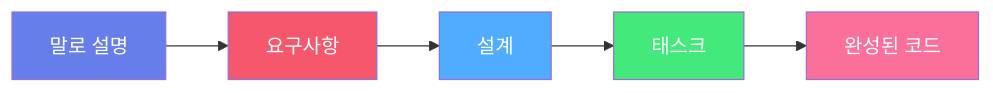
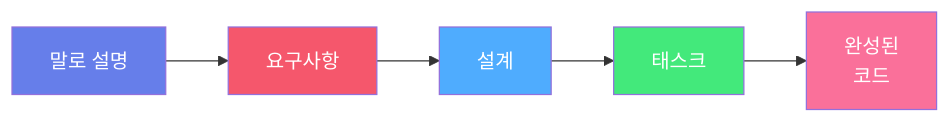
Before and after one commit to rornfdlek/kiro-workshop-gsretail-gitbook: the diagram in summary/README.md, drawn with Mermaid. The commit also changed 4 other files, not shown here.

First line of the commit message:
Replace \n with <br/> in Mermaid node labels for GitBook compatibility

````diff
--- a/summary/README.md
+++ b/summary/README.md
@@ -26,13 +26,13 @@
 ```mermaid
 graph LR
     A["말로 설명"] --> B["요구사항"]
     B --> C["설계"]
     C --> D["태스크"]
-    D --> E["완성된 코드"]
+    D --> E["완성된<br/>코드"]
 
     style A fill:#667eea,color:#fff
     style B fill:#f5576c,color:#fff
     style C fill:#4facfe,color:#fff
     style D fill:#43e97b,color:#fff
     style E fill:#fa709a,color:#fff
 ```
````
